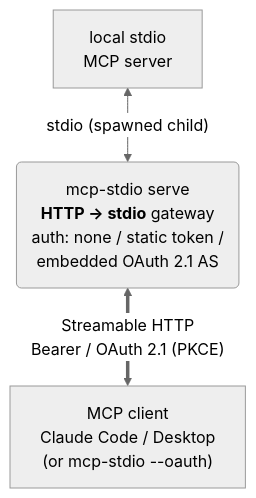
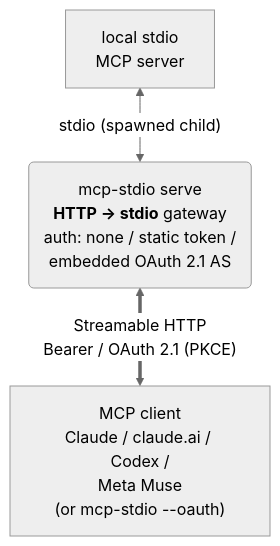
Before and after one commit to shigechika/mcp-stdio: the second of 3 diagrams in README.md, drawn with Mermaid (neutral theme). The commit also changed other lines of this file and 11 other files, not shown here.

First line of the commit message:
docs: show mcp-stdio works with non-Claude MCP clients (Codex, Meta Muse) (#482)

````diff
--- a/README.md
+++ b/README.md
@@ -292,8 +302,8 @@
 ```mermaid
 flowchart BT
-    A["MCP client<br>Claude Code / Desktop<br>(or mcp-stdio --oauth)"]
+    A["MCP client<br>Claude / claude.ai / Codex /<br>Meta Muse<br>(or mcp-stdio --oauth)"]
     B("mcp-stdio serve<br><b>HTTP → stdio</b> gateway<br>auth: none / static token /<br>embedded OAuth 2.1 AS")
     C["local stdio<br>MCP server"]
     A <== "Streamable HTTP<br>Bearer / OAuth 2.1 (PKCE)" ==> B
     B <-- "stdio (spawned child)" --> C
 ```
````
